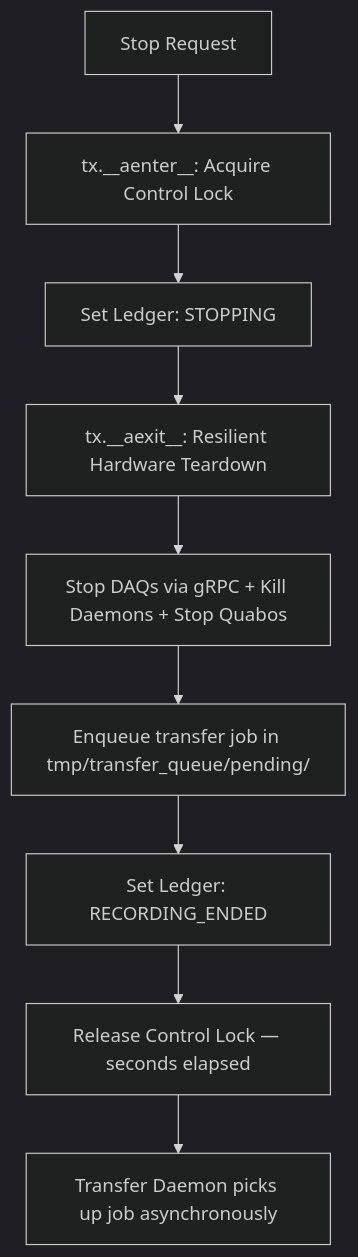
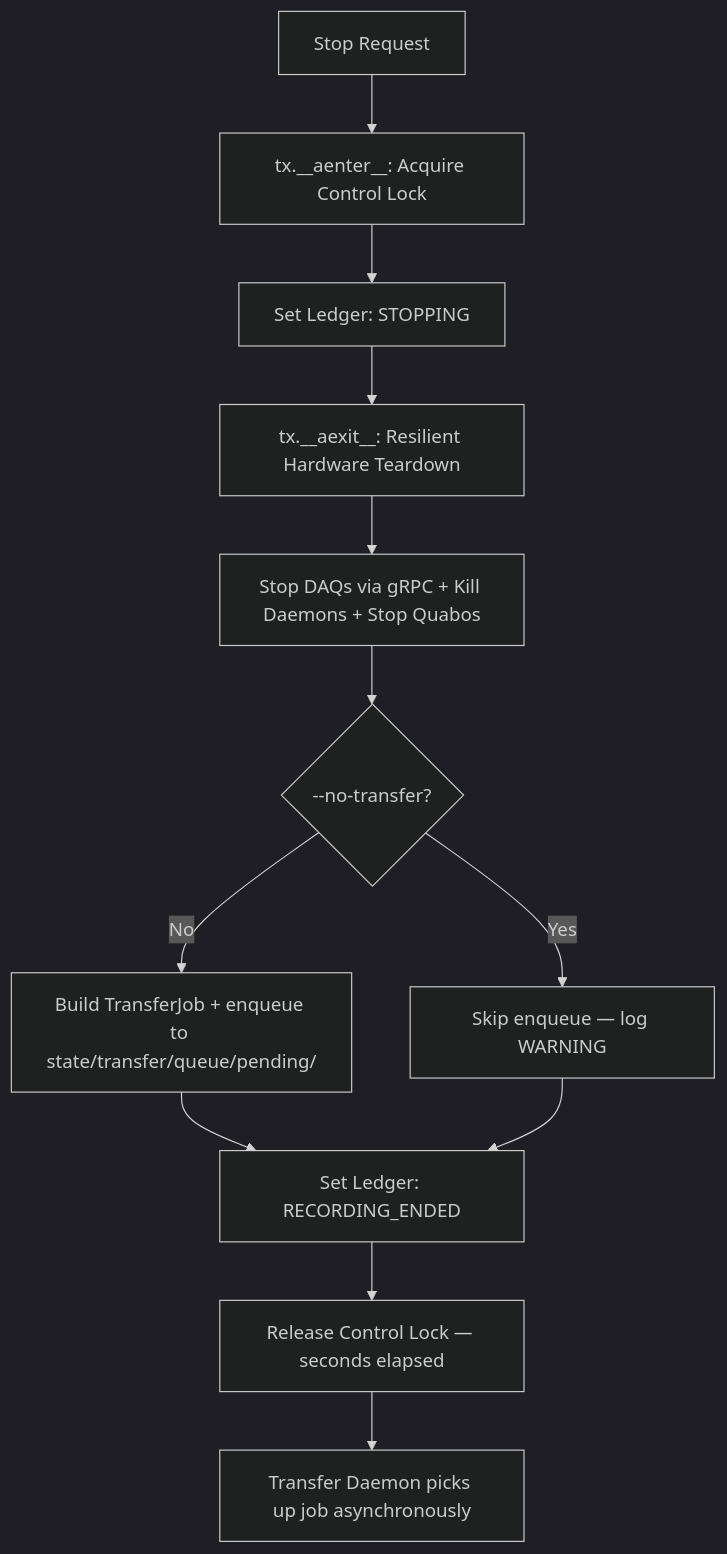
Before and after one commit to panoseti/panoseti: the second of 4 diagrams in control/TRANSACTIONS.md, drawn with Mermaid (dark theme). The commit also changed other lines of this file and 5 other files, not shown here.

First line of the commit message:
feat(phase2): daemon launch, stop CLI flags, transfer CLI sub-app, TRANSACTIONS.md

````diff
--- a/control/TRANSACTIONS.md
+++ b/control/TRANSACTIONS.md
@@ -118,11 +147,14 @@
 ```mermaid
 flowchart TD
     A[Stop Request] --> B[tx.__aenter__: Acquire Control Lock]
     B --> C[Set Ledger: STOPPING]
     C --> D[tx.__aexit__: Resilient Hardware Teardown]
     D --> E[Stop DAQs via gRPC + Kill Daemons + Stop Quabos]
-    E --> F[Enqueue transfer job in tmp/transfer_queue/pending/]
-    F --> G[Set Ledger: RECORDING_ENDED]
-    G --> H[Release Control Lock — seconds elapsed]
-    H --> I[Transfer Daemon picks up job asynchronously]
+    E --> F{--no-transfer?}
+    F -- No --> G[Build TransferJob + enqueue to state/transfer/queue/pending/]
+    F -- Yes --> H[Skip enqueue — log WARNING]
+    G --> I[Set Ledger: RECORDING_ENDED]
+    H --> I
+    I --> J[Release Control Lock — seconds elapsed]
+    J --> K[Transfer Daemon picks up job asynchronously]
 ```
````
